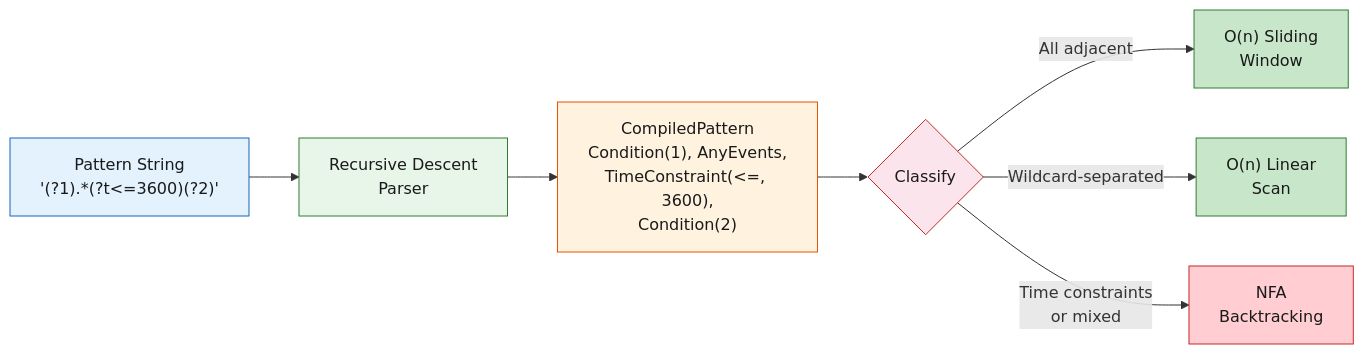
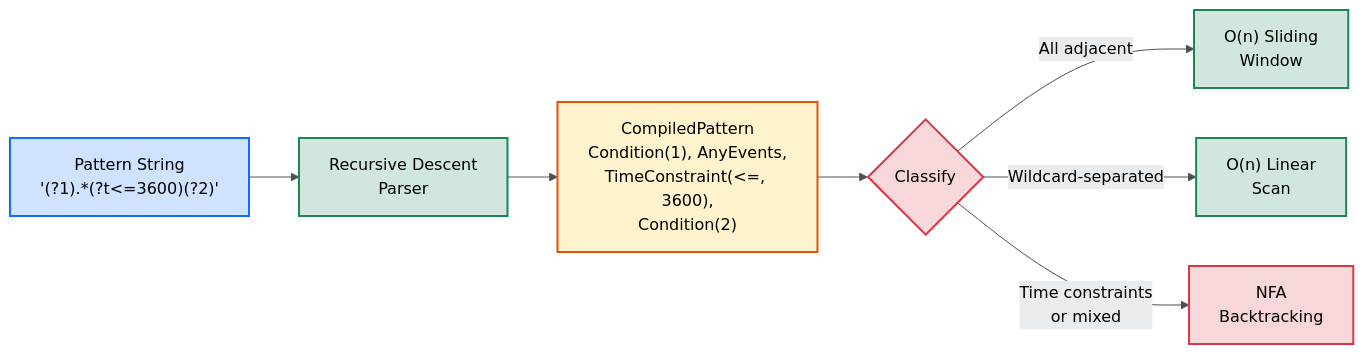
The fourth of 4 diagrams in docs/src/engineering.md (tomtom215/duckdb-behavioral), drawn with Mermaid before and after one commit. The commit also changed other lines of this file and 10 other files, not shown here.

````diff
--- a/docs/src/engineering.md
+++ b/docs/src/engineering.md
@@ -357,17 +360,18 @@
 ```mermaid
+%%{init: {'theme': 'base', 'themeVariables': {'primaryColor': '#f8f9fa', 'primaryTextColor': '#000000', 'primaryBorderColor': '#495057', 'lineColor': '#495057', 'secondaryColor': '#e9ecef', 'tertiaryColor': '#dee2e6', 'textColor': '#000000'}}}%%
 flowchart LR
     SQL["Pattern String<br/>'(?1).*(?t<=3600)(?2)'"] --> PARSE["Recursive Descent<br/>Parser"]
     PARSE --> STEPS["CompiledPattern<br/>Condition(1), AnyEvents,<br/>TimeConstraint(<=, 3600),<br/>Condition(2)"]
     STEPS --> CLASS{Classify}
     CLASS -->|"All adjacent"| FAST1["O(n) Sliding<br/>Window"]
     CLASS -->|"Wildcard-separated"| FAST2["O(n) Linear<br/>Scan"]
     CLASS -->|"Time constraints<br/>or mixed"| NFA["NFA<br/>Backtracking"]
 
-    style SQL fill:#e3f2fd,stroke:#1565c0,color:#1a1a1a
-    style PARSE fill:#e8f5e9,stroke:#2e7d32,color:#1a1a1a
-    style STEPS fill:#fff3e0,stroke:#e65100,color:#1a1a1a
-    style CLASS fill:#fce4ec,stroke:#c62828,color:#1a1a1a
-    style FAST1 fill:#c8e6c9,stroke:#2e7d32,color:#1a1a1a
-    style FAST2 fill:#c8e6c9,stroke:#2e7d32,color:#1a1a1a
-    style NFA fill:#ffcdd2,stroke:#c62828,color:#1a1a1a
+    style SQL fill:#cfe2ff,stroke:#0d6efd,stroke-width:2px,color:#000000
+    style PARSE fill:#d1e7dd,stroke:#198754,stroke-width:2px,color:#000000
+    style STEPS fill:#fff3cd,stroke:#e65100,stroke-width:2px,color:#000000
+    style CLASS fill:#f8d7da,stroke:#dc3545,stroke-width:2px,color:#000000
+    style FAST1 fill:#d1e7dd,stroke:#198754,stroke-width:2px,color:#000000
+    style FAST2 fill:#d1e7dd,stroke:#198754,stroke-width:2px,color:#000000
+    style NFA fill:#f8d7da,stroke:#dc3545,stroke-width:2px,color:#000000
 ```
````
